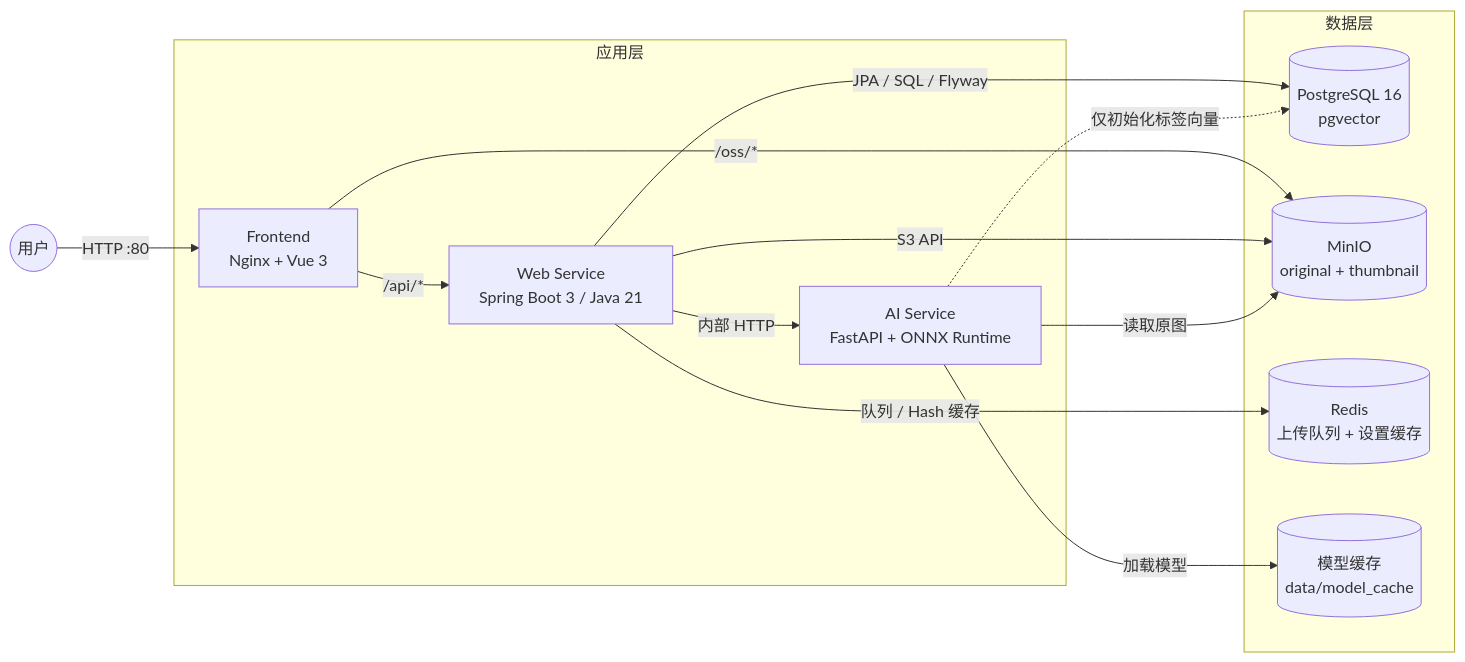
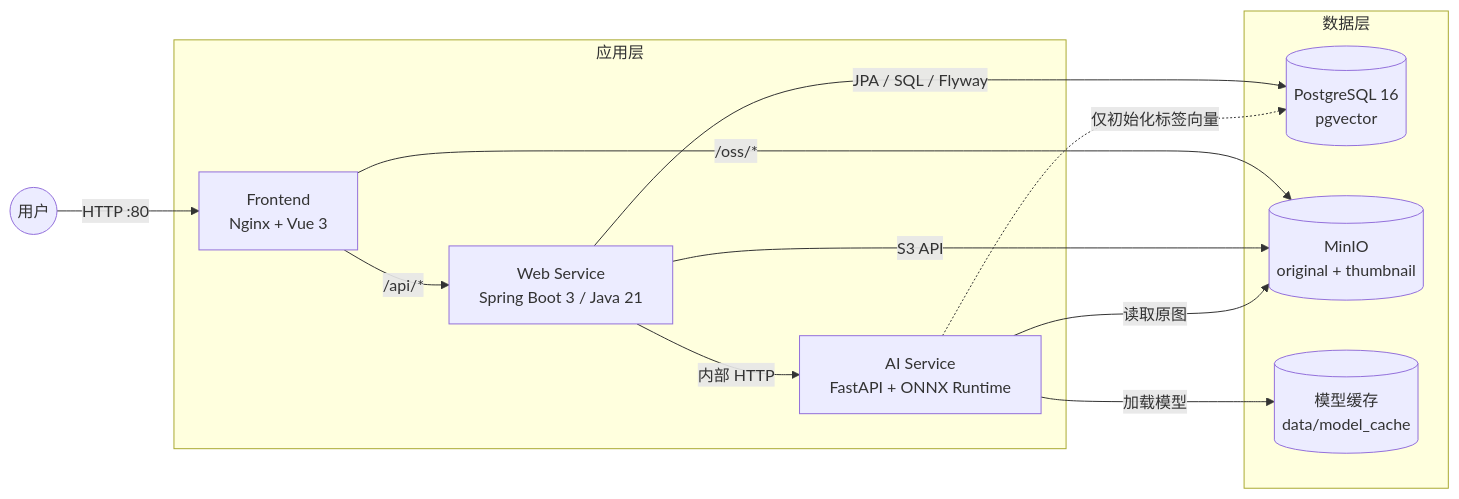
The first of 3 diagrams in docs/architecture.md (tamakara/bakabooru), drawn with Mermaid before and after one commit. The commit also changed other lines of this file and 31 other files, not shown here.

````diff
--- a/docs/architecture.md
+++ b/docs/architecture.md
@@ -7,27 +7,25 @@
 ```mermaid
 flowchart LR
     User(("用户")) -->|"HTTP :80"| Nginx
 
     subgraph App["应用层"]
         Nginx["Frontend<br/>Nginx + Vue 3"]
         Web["Web Service<br/>Spring Boot 3 / Java 21"]
         AI["AI Service<br/>FastAPI + ONNX Runtime"]
     end
 
     subgraph Data["数据层"]
         PG[("PostgreSQL 16<br/>pgvector")]
         MinIO[("MinIO<br/>original + thumbnail")]
-        Redis[("Redis<br/>上传队列 + 设置缓存")]
         Cache[("模型缓存<br/>data/model_cache")]
     end
 
     Nginx -->|"/api/*"| Web
     Nginx -->|"/oss/*"| MinIO
     Web -->|"JPA / SQL / Flyway"| PG
     Web -->|"S3 API"| MinIO
-    Web -->|"队列 / Hash 缓存"| Redis
     Web -->|"内部 HTTP"| AI
     AI -->|"读取原图"| MinIO
     AI -.->|"仅初始化标签向量"| PG
     AI -->|"加载模型"| Cache
 ```
````
